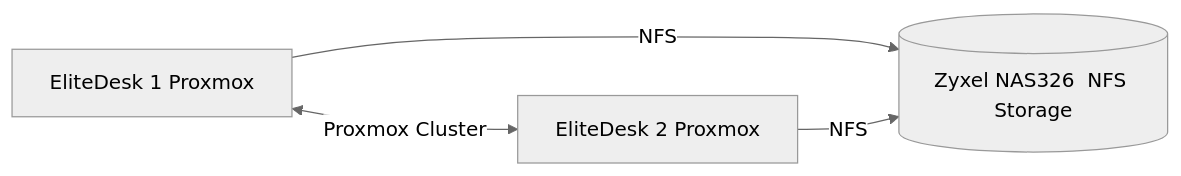
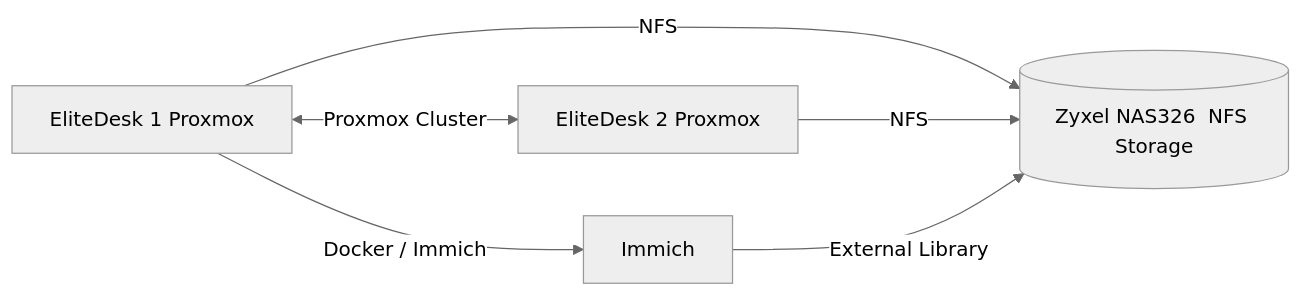
One commit to Tearstone/tearstone-homelab changed the second of 3 diagrams in docs/architecture.md. Above: the diagram before and after it, drawn with Mermaid (neutral theme). The commit also changed other lines of this file, not shown here.

Commit message:
Update architecture for Immich and photo storage

````diff
--- a/docs/architecture.md
+++ b/docs/architecture.md
@@ -39,13 +45,16 @@
 ```mermaid
 graph LR
 
     NAS[(Zyxel NAS326  NFS Storage)]
 
     Node1["EliteDesk 1  Proxmox"]
     Node2["EliteDesk 2  Proxmox"]
 
     Node1 <-->|Proxmox Cluster| Node2
 
     Node1 -->|NFS| NAS
     Node2 -->|NFS| NAS
+
+    Node1 -->|Docker / Immich| Immich1["Immich"]
+    Immich1 -->|External Library| NAS
 ```
````
